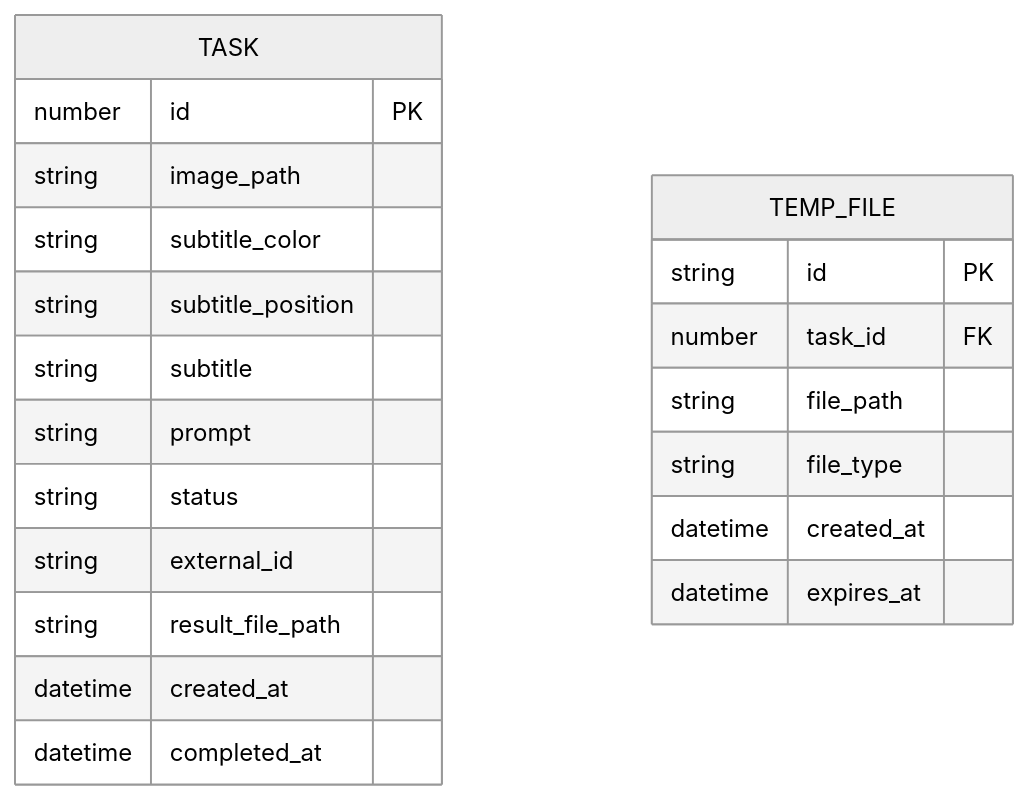
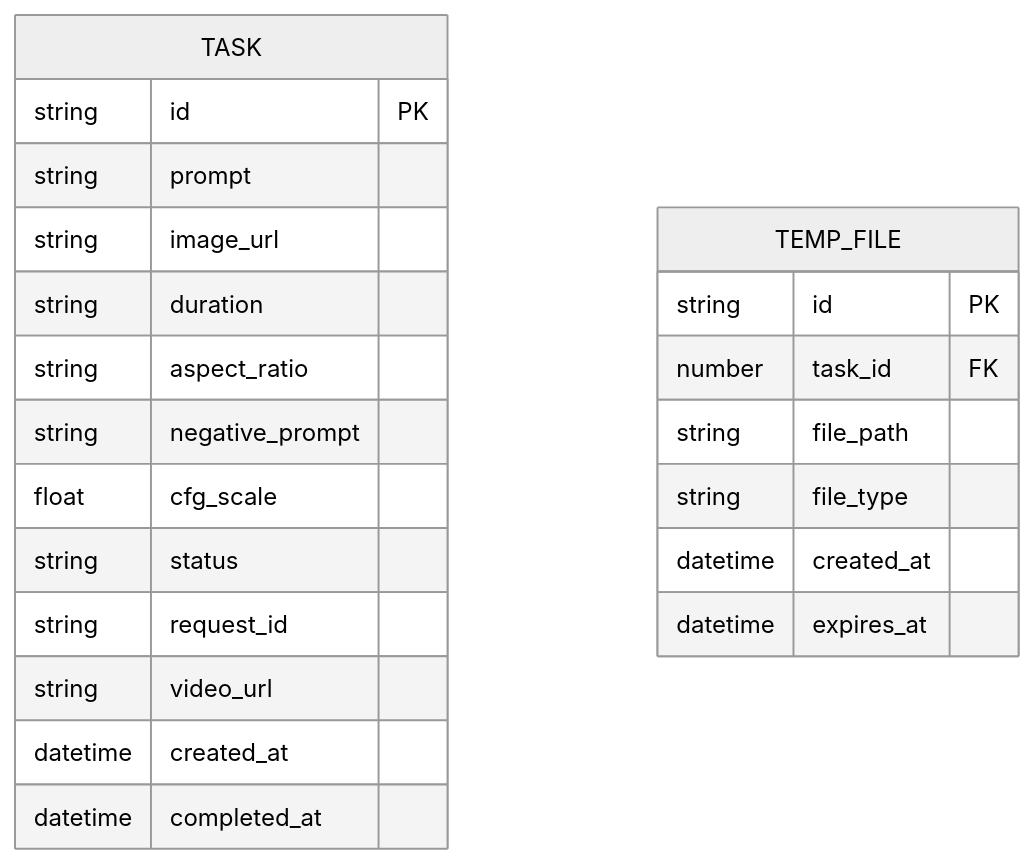
The third of 3 diagrams in .trae/documents/genVideoSub_技術架構文檔.md (dominantculture2024/genVideoSub), drawn with Mermaid (neutral theme) before and after one commit. The commit also changed other lines of this file and 4 other files, not shown here.

````diff
--- a/.trae/documents/genVideoSub_技術架構文檔.md
+++ b/.trae/documents/genVideoSub_技術架構文檔.md
@@ -155,25 +220,26 @@
 ```mermaid
 erDiagram
     TASK {
-        number id PK
-        string image_path
-        string subtitle_color
-        string subtitle_position
-        string subtitle
+        string id PK
         string prompt
+        string image_url
+        string duration
+        string aspect_ratio
+        string negative_prompt
+        float cfg_scale
         string status
-        string external_id
-        string result_file_path
+        string request_id
+        string video_url
         datetime created_at
         datetime completed_at
     }
     
     TEMP_FILE {
         string id PK
         number task_id FK
         string file_path
         string file_type
         datetime created_at
         datetime expires_at
     }
 ```
````
